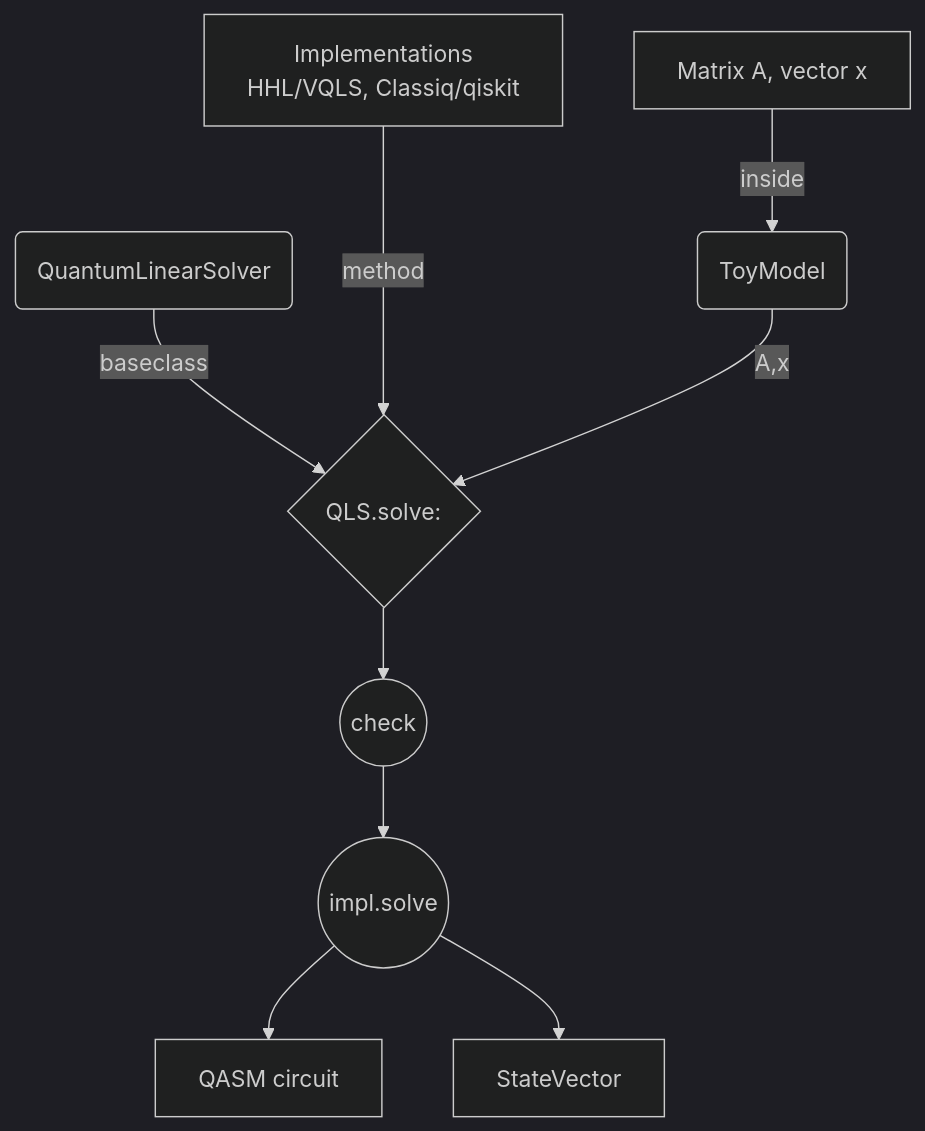
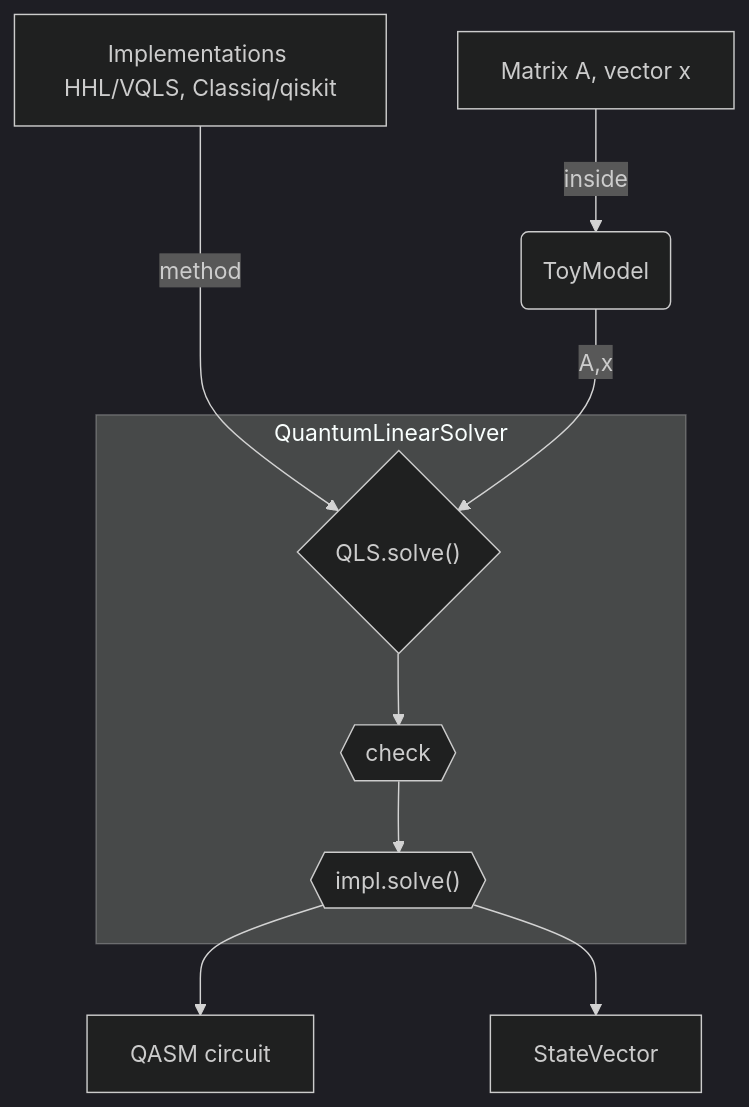
Before and after one commit to SURFQuantum/qc-quantum-linear-systems: the diagram in README.md, drawn with Mermaid (dark theme). The commit also changed other lines of this file, not shown here.

Commit message:
updated mermaid diagram

````diff
--- a/README.md
+++ b/README.md
@@ -41,12 +41,12 @@
 ```mermaid
 flowchart TD
     A[Matrix A, vector x] -->|inside| B(ToyModel)
-    C(QuantumLinearSolver) -->|baseclass| D{QLS.solve:}
-    M["Implementations
-    HHL/VQLS, Classiq/qiskit"] ---> |method| D
+    subgraph QuantumLinearSolver
+        D{"QLS.solve()"} --> CH{{check}}
+        CH --> S{{"impl.solve()"}}
+    end
+    M[Implementations HHL/VQLS, Classiq/qiskit] ---> |method| D
     B --> |A,x| D
-    D --> CH((check))
-    CH --> S((impl.solve))
     S --> Q[QASM circuit]
     S --> V[StateVector]
 ```
````
